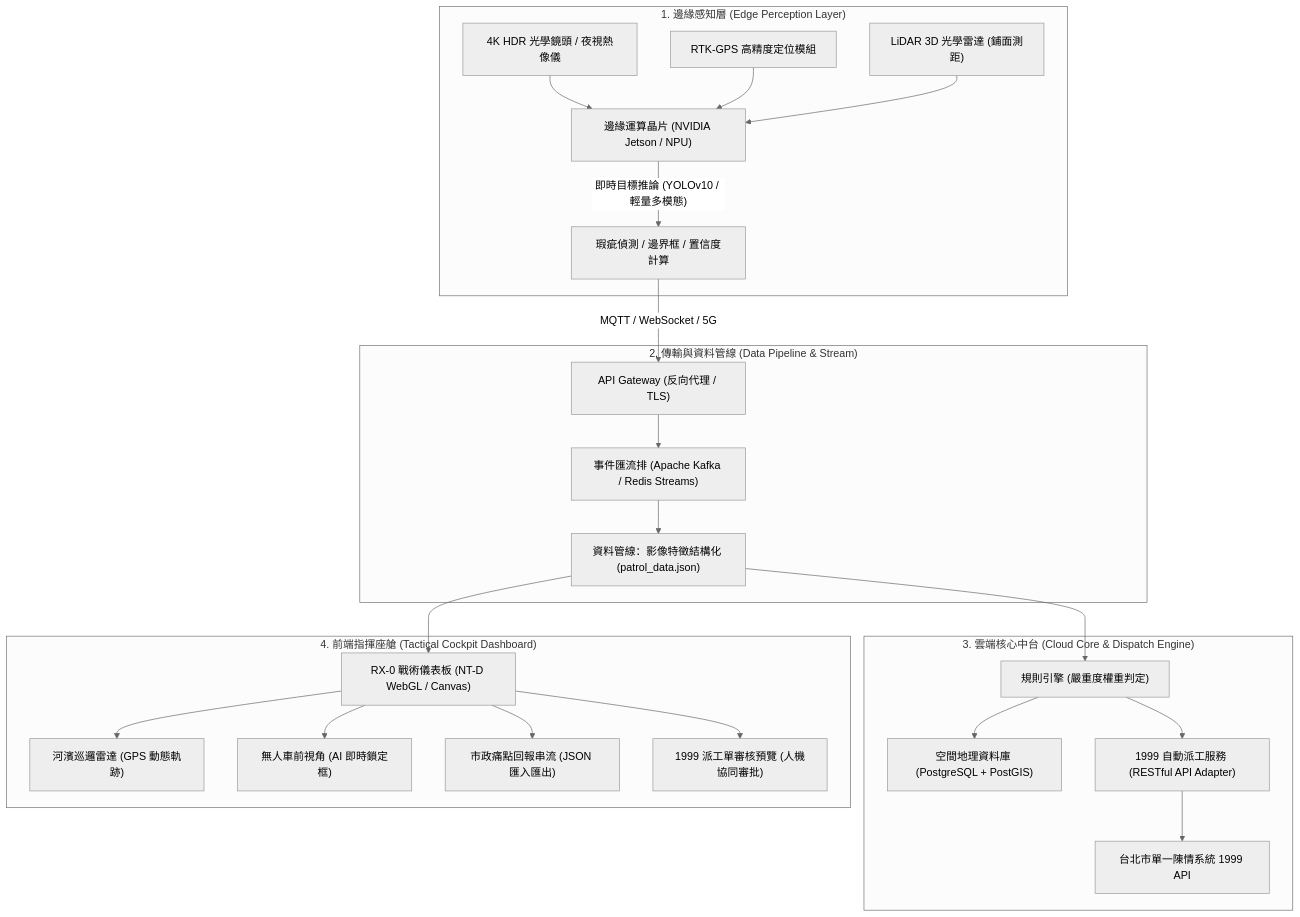
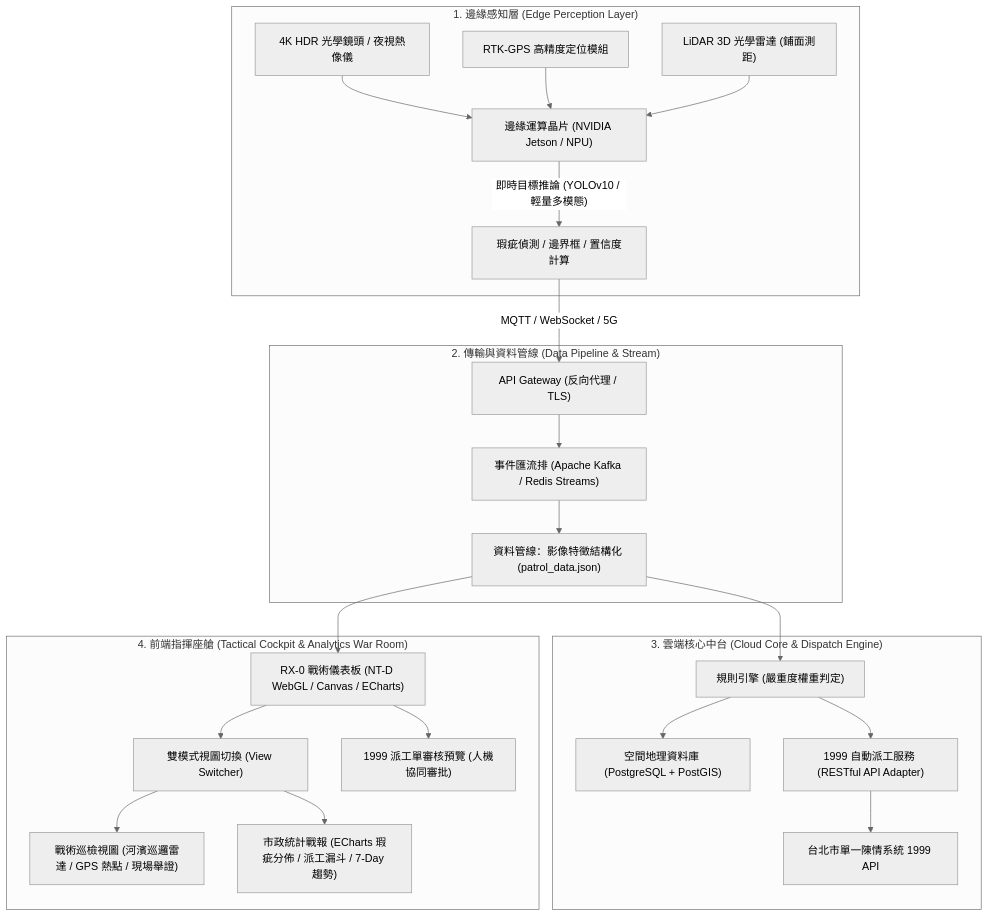
The first of 2 diagrams in SYSTEM_PROPOSAL.md (Reinhard0114/RX-0), drawn with Mermaid (neutral theme) before and after one commit. The commit also changed other lines of this file and 12 other files, not shown here.

````diff
--- a/SYSTEM_PROPOSAL.md
+++ b/SYSTEM_PROPOSAL.md
@@ -39,30 +39,30 @@
 ```mermaid
 flowchart TB
     subgraph Layer1["1. 邊緣感知層 (Edge Perception Layer)"]
         Cam["4K HDR 光學鏡頭 / 夜視熱像儀"] --> EdgeBox["邊緣運算晶片 (NVIDIA Jetson / NPU)"]
         RTK["RTK-GPS 高精度定位模組"] --> EdgeBox
         LIDAR["LiDAR 3D 光學雷達 (鋪面測距)"] --> EdgeBox
         EdgeBox -->|"即時目標推論 (YOLOv10 / 輕量多模態)"| Inference["瑕疵偵測 / 邊界框 / 置信度計算"]
     end
 
     subgraph Layer2["2. 傳輸與資料管線 (Data Pipeline & Stream)"]
         Inference -->|"MQTT / WebSocket / 5G"| Gateway["API Gateway (反向代理 / TLS)"]
         Gateway --> EventBus["事件匯流排 (Apache Kafka / Redis Streams)"]
         EventBus --> Ingestion["資料管線：影像特徵結構化 (patrol_data.json)"]
     end
 
     subgraph Layer3["3. 雲端核心中台 (Cloud Core & Dispatch Engine)"]
         Ingestion --> RuleEngine["規則引擎 (嚴重度權重判定)"]
         RuleEngine --> GeoDB["空間地理資料庫 (PostgreSQL + PostGIS)"]
         RuleEngine --> DispatchService["1999 自動派工服務 (RESTful API Adapter)"]
         DispatchService --> Taipei1999["台北市單一陳情系統 1999 API"]
     end
 
-    subgraph Layer4["4. 前端指揮座艙 (Tactical Cockpit Dashboard)"]
-        Ingestion --> CockpitUI["RX-0 戰術儀表板 (NT-D WebGL / Canvas)"]
-        CockpitUI --> RadarHUD["河濱巡邏雷達 (GPS 動態軌跡)"]
-        CockpitUI --> CamHUD["無人車前視角 (AI 即時鎖定框)"]
-        CockpitUI --> StreamHUD["市政痛點回報串流 (JSON 匯入匯出)"]
+    subgraph Layer4["4. 前端指揮座艙 (Tactical Cockpit & Analytics War Room)"]
+        Ingestion --> CockpitUI["RX-0 戰術儀表板 (NT-D WebGL / Canvas / ECharts)"]
+        CockpitUI --> ViewNav["雙模式視圖切換 (View Switcher)"]
+        ViewNav --> RadarHUD["戰術巡檢視圖 (河濱巡邏雷達 / GPS 熱點 / 現場舉證)"]
+        ViewNav --> AnalyticsHUD["市政統計戰報 (ECharts 瑕疵分佈 / 派工漏斗 / 7-Day 趨勢)"]
         CockpitUI --> TicketModal["1999 派工單審核預覽 (人機協同審批)"]
     end
 ```
````
